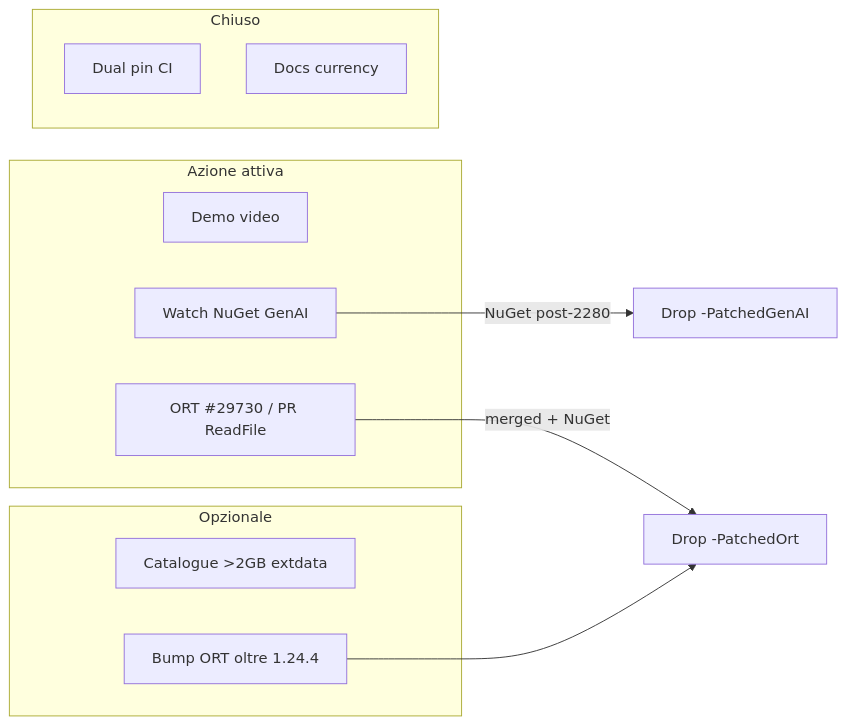
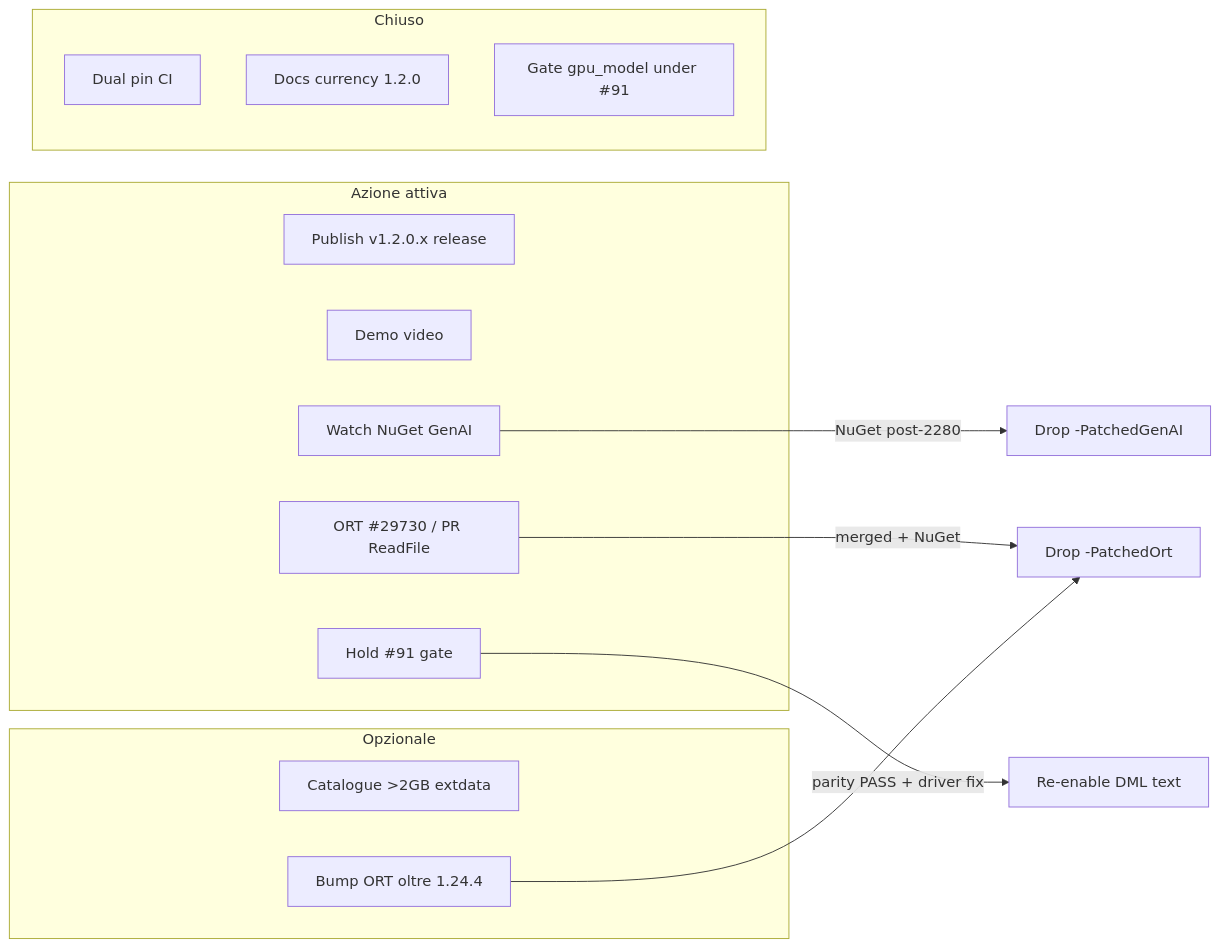
The diagram in docs/vendor-lifecycle-plan.md (gianlucamazza/xllama), drawn with Mermaid before and after one commit. The commit also changed other lines of this file and 4 other files, not shown here.

First line of the commit message:
docs: currency pass 2026-07-17 for 1.2.0 and #91

````diff
--- a/docs/vendor-lifecycle-plan.md
+++ b/docs/vendor-lifecycle-plan.md
@@ -25,19 +28,23 @@
 ```mermaid
 flowchart LR
   subgraph active [Azione attiva]
+    A0[Publish v1.2.0.x release]
     A1[Demo video]
     A2[Watch NuGet GenAI]
     A3[ORT #29730 / PR ReadFile]
+    A4[Hold #91 gate]
   end
   subgraph optional [Opzionale]
     B1[Catalogue >2GB extdata]
     B2[Bump ORT oltre 1.24.4]
   end
   subgraph done [Chiuso]
     C1[Dual pin CI]
-    C2[Docs currency]
+    C2[Docs currency 1.2.0]
+    C3[Gate gpu_model under #91]
   end
   A2 -->|NuGet post-2280| DropGenAI[Drop -PatchedGenAI]
   A3 -->|merged + NuGet| DropOrt[Drop -PatchedOrt]
   B2 --> DropOrt
+  A4 -->|parity PASS + driver fix| DmlText[Re-enable DML text]
 ```
````
